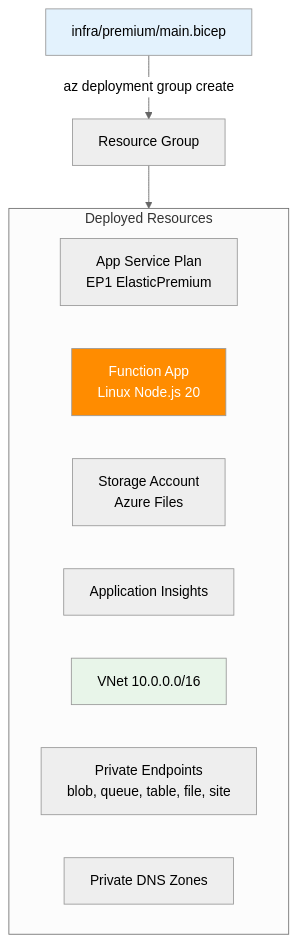
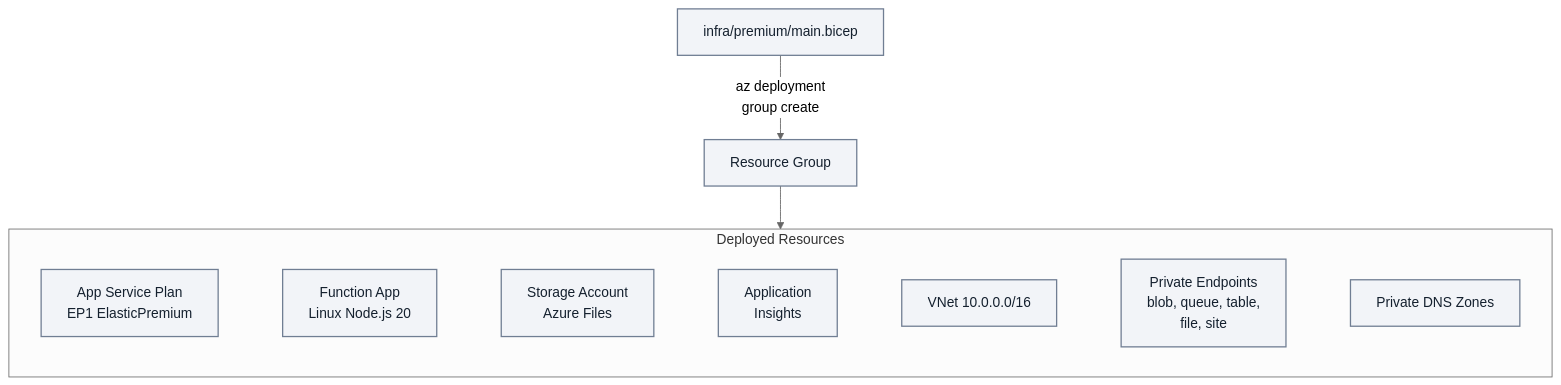
Before and after one commit to yeongseon/azure-functions-practical-guide: the diagram in docs/language-guides/nodejs/tutorial/premium/05-infrastructure-as-code.md, drawn with Mermaid (neutral theme). The commit also changed other lines of this file and 4 other files, not shown here.

First line of the commit message:
docs(diagrams): improve Node.js infrastructure tutorial figures (#514)

````diff
--- a/docs/language-guides/nodejs/tutorial/premium/05-infrastructure-as-code.md
+++ b/docs/language-guides/nodejs/tutorial/premium/05-infrastructure-as-code.md
@@ -59,20 +60,28 @@
 ```mermaid
 flowchart TD
-    BICEP[infra/premium/main.bicep] -->|az deployment group create| RG[Resource Group]
+    accTitle: Node.js Linux Premium EP1 infrastructure resource inventory
+    accDescr: Illustrative Bicep deployment inventory for the Node.js 20 Linux EP1 example. The Deployed Resources group contains the plan, app, Azure Files storage, Application Insights, VNet, private endpoints for blob, queue, table, file and site, and private DNS zones. This is a resource inventory, not a network topology or serial creation order, and does not prove deployment success. The runtime label describes the tutorial configuration, not a current support recommendation.
+    BICEP["infra/premium/main.bicep"] -->|"az deployment<br/>group create"| RG[Resource Group]
 
     subgraph RG_CONTENTS["Deployed Resources"]
-        PLAN[App Service Plan\nEP1 ElasticPremium]
-        FA[Function App\nLinux Node.js 20]
-        ST[Storage Account\nAzure Files]
-        AI[Application Insights]
+        PLAN["App Service Plan<br/>EP1 ElasticPremium"]
+        FA["Function App<br/>Linux Node.js 20"]
+        ST["Storage Account<br/>Azure Files"]
+        AI["Application<br/>Insights"]
         VNET[VNet 10.0.0.0/16]
-        PE[Private Endpoints\nblob, queue, table, file, site]
+        PE["Private Endpoints<br/>blob, queue, table,<br/>file, site"]
         DNS[Private DNS Zones]
+        %% Layout-only inventory tiers; add no dependencies or network arrows.
+        PLAN ~~~ FA
+        FA ~~~ ST
+        ST ~~~ AI
+        AI ~~~ VNET
+        VNET ~~~ PE
+        PE ~~~ DNS
     end
 
     RG --> RG_CONTENTS
 
-    style BICEP fill:#E3F2FD
-    style FA fill:#ff8c00,color:#fff
-    style VNET fill:#E8F5E9
+    classDef baseNeutral fill:#f2f4f8,stroke:#707e93,stroke-width:1.5px,color:#14202e;
+    class BICEP,RG,PLAN,FA,ST,AI,VNET,PE,DNS baseNeutral;
 ```
````
